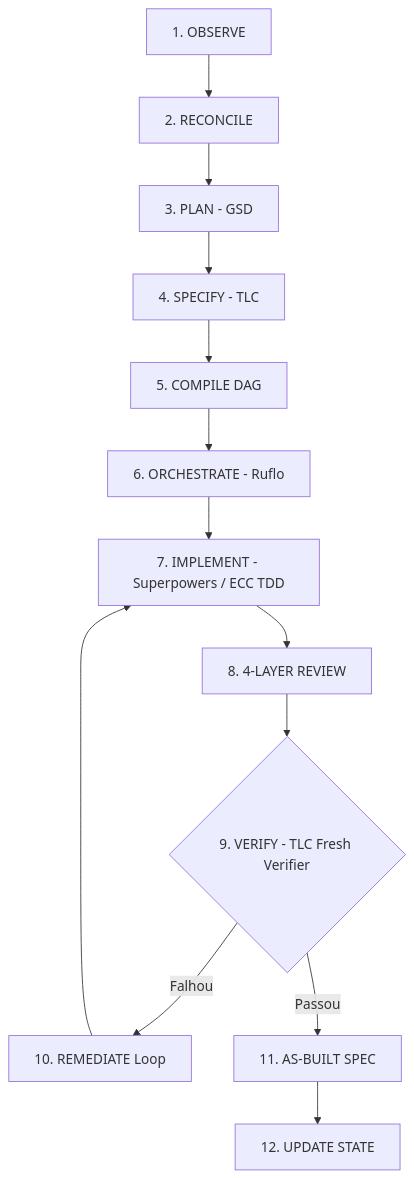
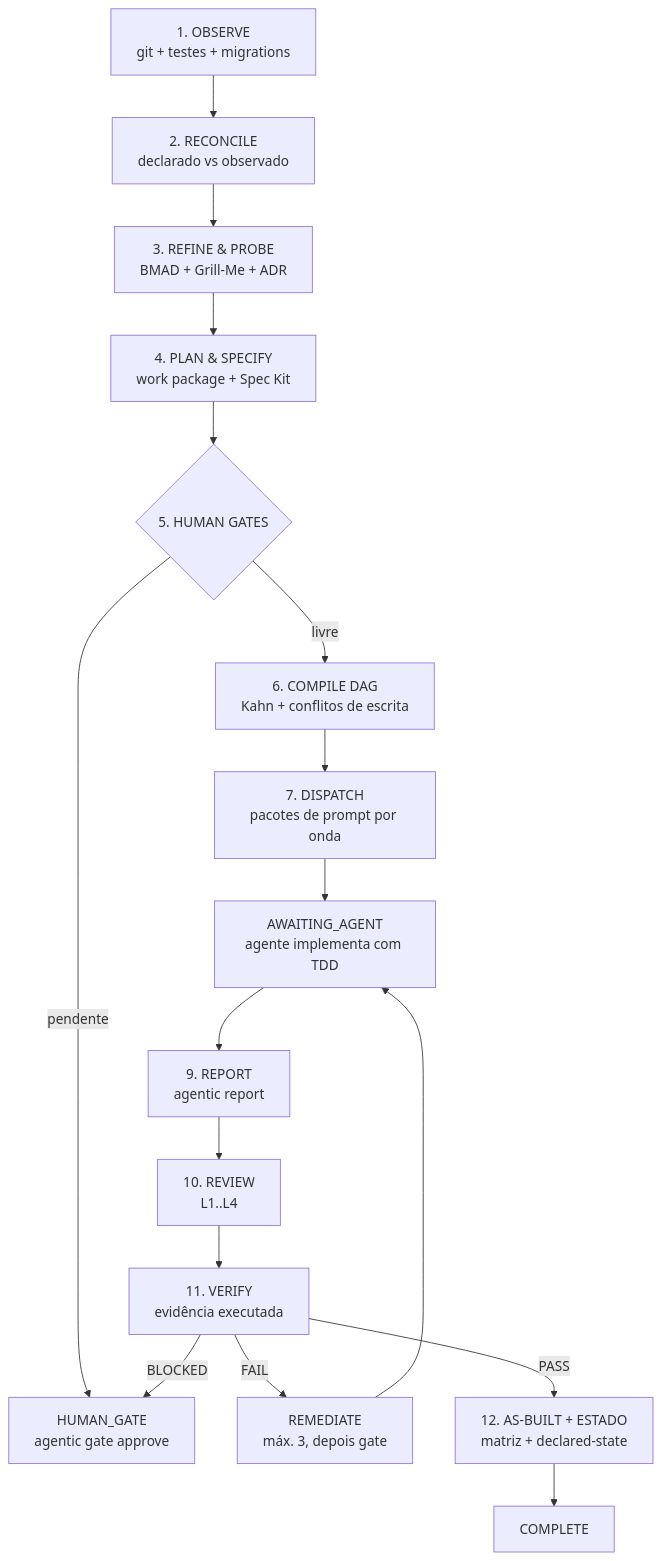
Before and after one commit to gilsonfat/framework_agentic: the diagram in README.md, drawn with Mermaid. The commit also changed other lines of this file and 144 other files, not shown here.

````diff
--- a/README.md
+++ b/README.md
@@ -208,15 +51,19 @@
 ```mermaid
 flowchart TD
-    A[1. OBSERVE] --> B[2. RECONCILE]
-    B --> C[3. PLAN - GSD]
-    C --> D[4. SPECIFY - TLC]
-    D --> E[5. COMPILE DAG]
-    E --> F[6. ORCHESTRATE - Ruflo]
-    F --> G[7. IMPLEMENT - Superpowers / ECC TDD]
-    G --> H[8. 4-LAYER REVIEW]
-    H --> I{9. VERIFY - TLC Fresh Verifier}
-    I -- Falhou --> J[10. REMEDIATE Loop]
-    J --> G
-    I -- Passou --> K[11. AS-BUILT SPEC]
-    K --> L[12. UPDATE STATE]
+    A[1. OBSERVE<br/>git + testes + migrations] --> B[2. RECONCILE<br/>declarado vs observado]
+    B --> C[3. REFINE & PROBE<br/>BMAD + Grill-Me + ADR]
+    C --> D[4. PLAN & SPECIFY<br/>work package + Spec Kit]
+    D --> E{5. HUMAN GATES}
+    E -- pendente --> G1[HUMAN_GATE<br/>agentic gate approve]
+    E -- livre --> F[6. COMPILE DAG<br/>Kahn + conflitos de escrita]
+    F --> H[7. DISPATCH<br/>pacotes de prompt por onda]
+    H --> I[AWAITING_AGENT<br/>agente implementa com TDD]
+    I --> J[9. REPORT<br/>agentic report]
+    J --> K[10. REVIEW<br/>L1..L4]
+    K --> L[11. VERIFY<br/>evidência executada]
+    L -- FAIL --> M[REMEDIATE<br/>máx. 3, depois gate]
+    M --> I
+    L -- BLOCKED --> G1
+    L -- PASS --> N[12. AS-BUILT + ESTADO<br/>matriz + declared-state]
+    N --> O[COMPLETE]
 ```
````
